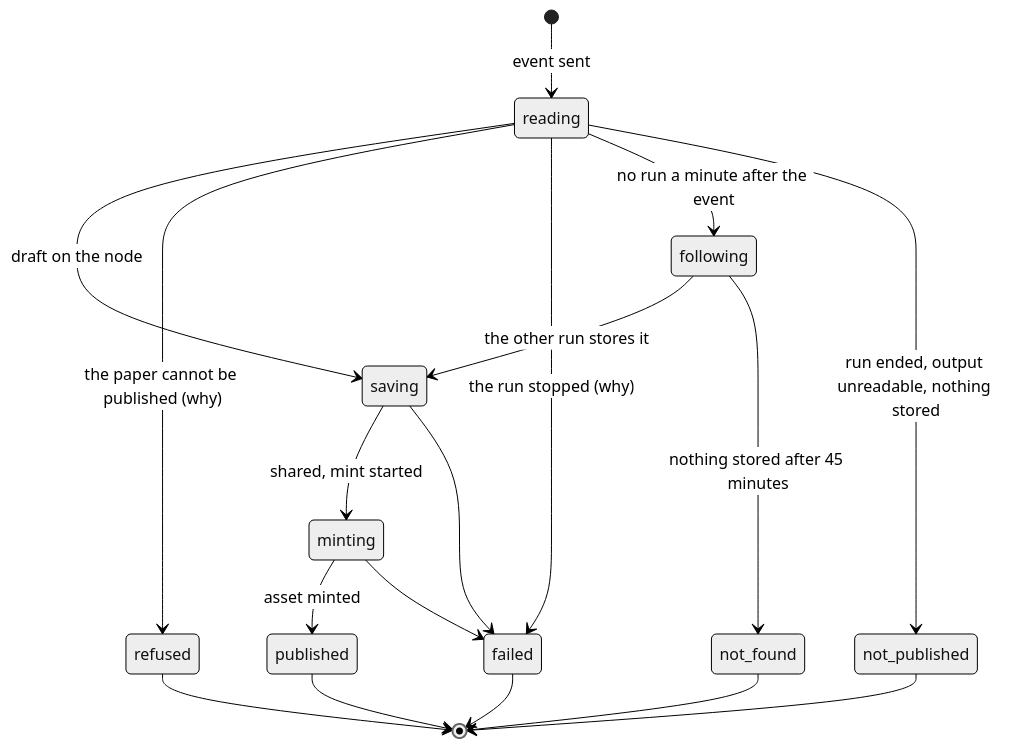
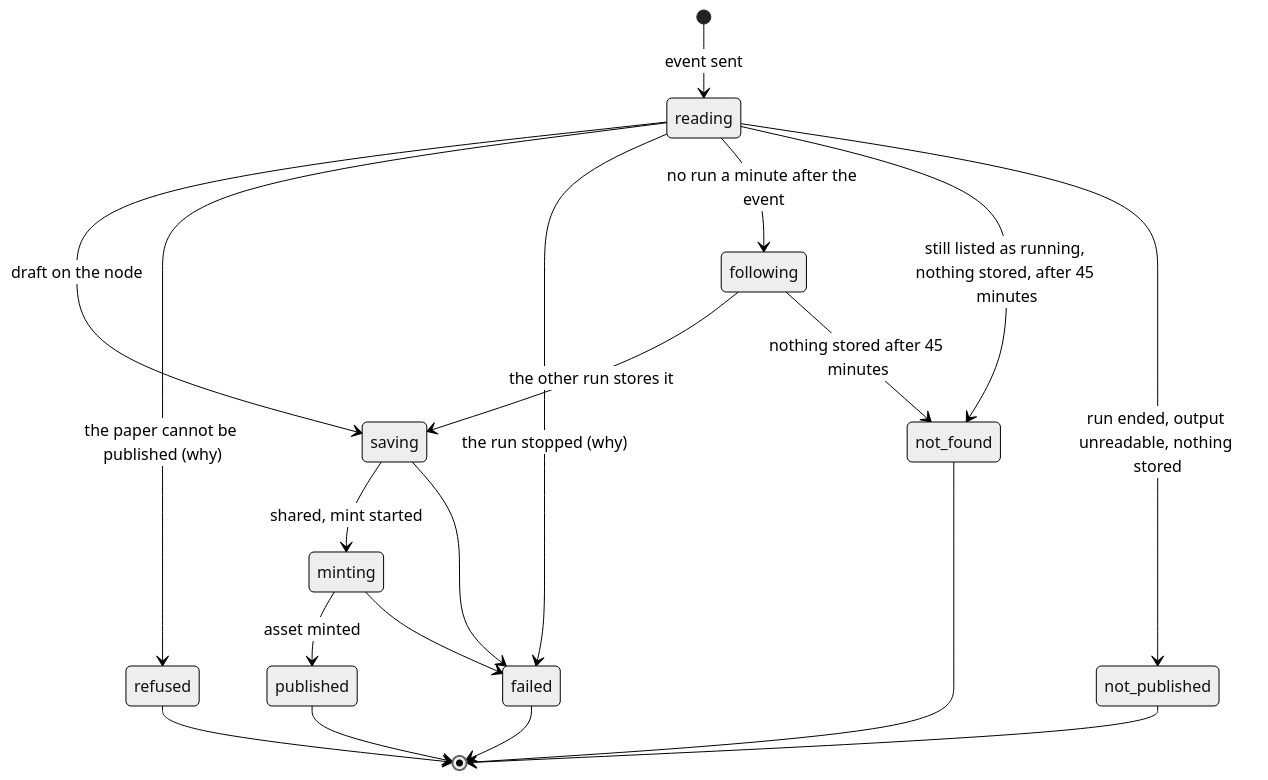
The diagram in apps/web/README.md (SiegfriedBz/verisci), drawn with Mermaid (neutral theme) before and after one commit. The commit also changed other lines of this file and 12 other files, not shown here.

````diff
--- a/apps/web/README.md
+++ b/apps/web/README.md
@@ -42,20 +42,21 @@
 ```mermaid
 stateDiagram-v2
   [*] --> reading: event sent
   reading --> saving: draft on the node
   saving --> minting: shared, mint started
   minting --> published: asset minted
   reading --> refused: the paper cannot be published (why)
   reading --> failed: the run stopped (why)
   saving --> failed
   minting --> failed
   reading --> following: no run a minute after the event
   following --> saving: the other run stores it
   following --> not_found: nothing stored after 45 minutes
+  reading --> not_found: still listed as running, nothing stored, after 45 minutes
   reading --> not_published: run ended, output unreadable, nothing stored
   published --> [*]
   refused --> [*]
   failed --> [*]
   not_found --> [*]
   not_published --> [*]
 ```
````
